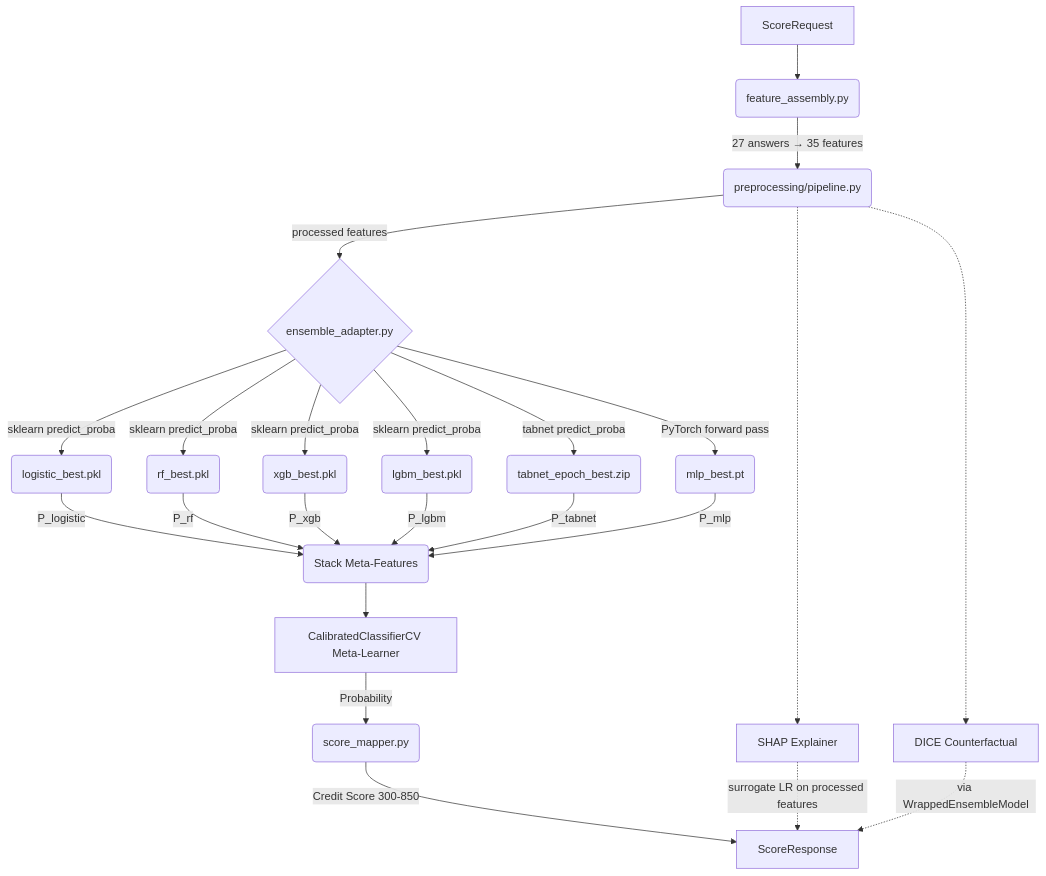
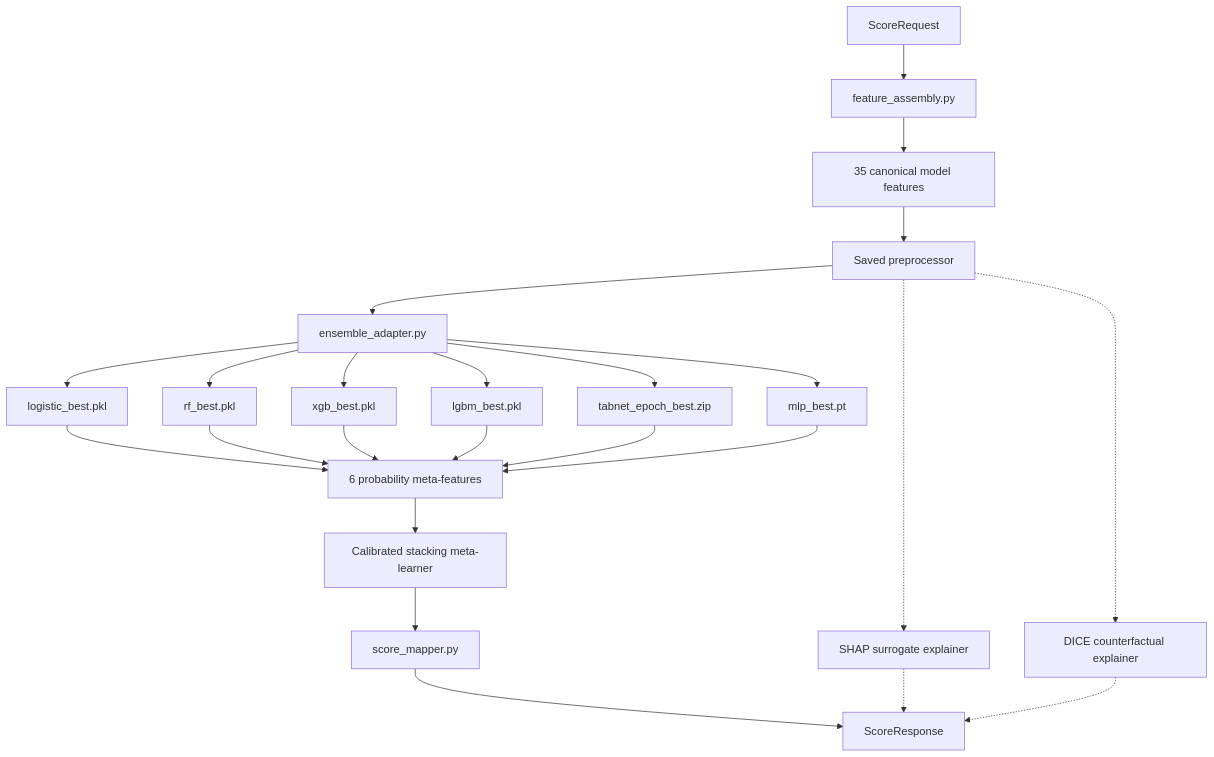
Before and after one commit to kaustubh-dot/AlterScore: the diagram in docs/BACKEND_RUNTIME_ARCHITECTURE.md, drawn with Mermaid. The commit also changed other lines of this file and 76 other files, not shown here.

````diff
--- a/docs/BACKEND_RUNTIME_ARCHITECTURE.md
+++ b/docs/BACKEND_RUNTIME_ARCHITECTURE.md
@@ -22,29 +26,26 @@
 ```mermaid
 flowchart TD
-    A[ScoreRequest] --> B(feature_assembly.py)
-    B -->|27 answers → 35 features| C(preprocessing/pipeline.py)
-    C -->|processed features| D{ensemble_adapter.py}
-    
-    D -->|sklearn predict_proba| E1(logistic_best.pkl)
-    D -->|sklearn predict_proba| E2(rf_best.pkl)
-    D -->|sklearn predict_proba| E3(xgb_best.pkl)
-    D -->|sklearn predict_proba| E4(lgbm_best.pkl)
-    D -->|tabnet predict_proba| E5(tabnet_epoch_best.zip)
-    D -->|PyTorch forward pass| E6(mlp_best.pt)
-    
-    E1 -->|P_logistic| F(Stack Meta-Features)
-    E2 -->|P_rf| F
-    E3 -->|P_xgb| F
-    E4 -->|P_lgbm| F
-    E5 -->|P_tabnet| F
-    E6 -->|P_mlp| F
-    
-    F --> G[CalibratedClassifierCV Meta-Learner]
-    G -->|Probability| H(score_mapper.py)
-    H -->|Credit Score 300-850| I[ScoreResponse]
-    
-    C -.-> J[SHAP Explainer]
-    J -.->|surrogate LR on processed features| I
-    C -.-> K[DICE Counterfactual]
-    K -.->|via WrappedEnsembleModel| I
+    A["ScoreRequest"] --> B["feature_assembly.py"]
+    B --> C["35 canonical model features"]
+    C --> D["Saved preprocessor"]
+    D --> E["ensemble_adapter.py"]
+    E --> F1["logistic_best.pkl"]
+    E --> F2["rf_best.pkl"]
+    E --> F3["xgb_best.pkl"]
+    E --> F4["lgbm_best.pkl"]
+    E --> F5["tabnet_epoch_best.zip"]
+    E --> F6["mlp_best.pt"]
+    F1 --> G["6 probability meta-features"]
+    F2 --> G
+    F3 --> G
+    F4 --> G
+    F5 --> G
+    F6 --> G
+    G --> H["Calibrated stacking meta-learner"]
+    H --> I["score_mapper.py"]
+    I --> J["ScoreResponse"]
+    D -.-> K["SHAP surrogate explainer"]
+    K -.-> J
+    D -.-> L["DICE counterfactual explainer"]
+    L -.-> J
 ```
````
